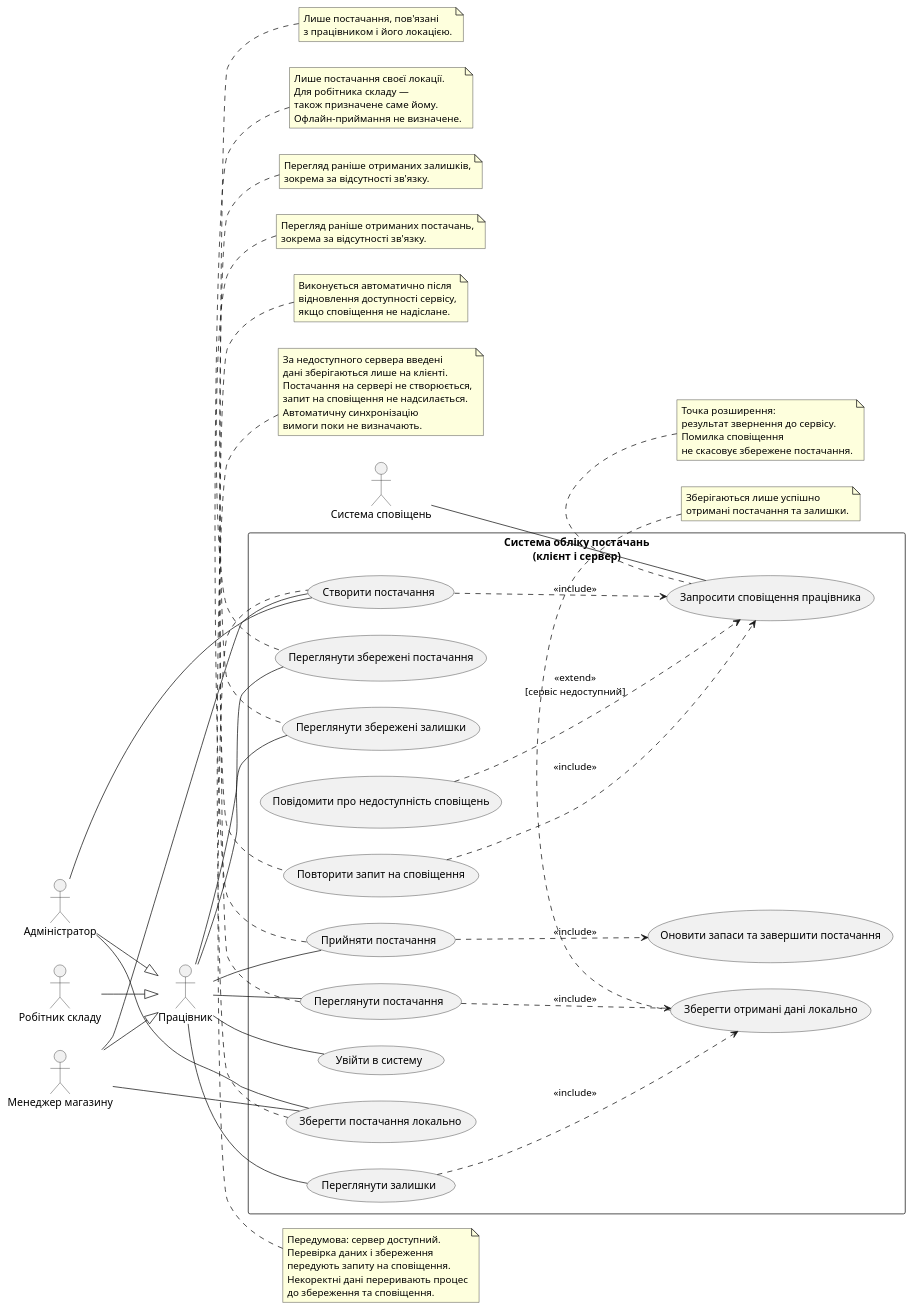
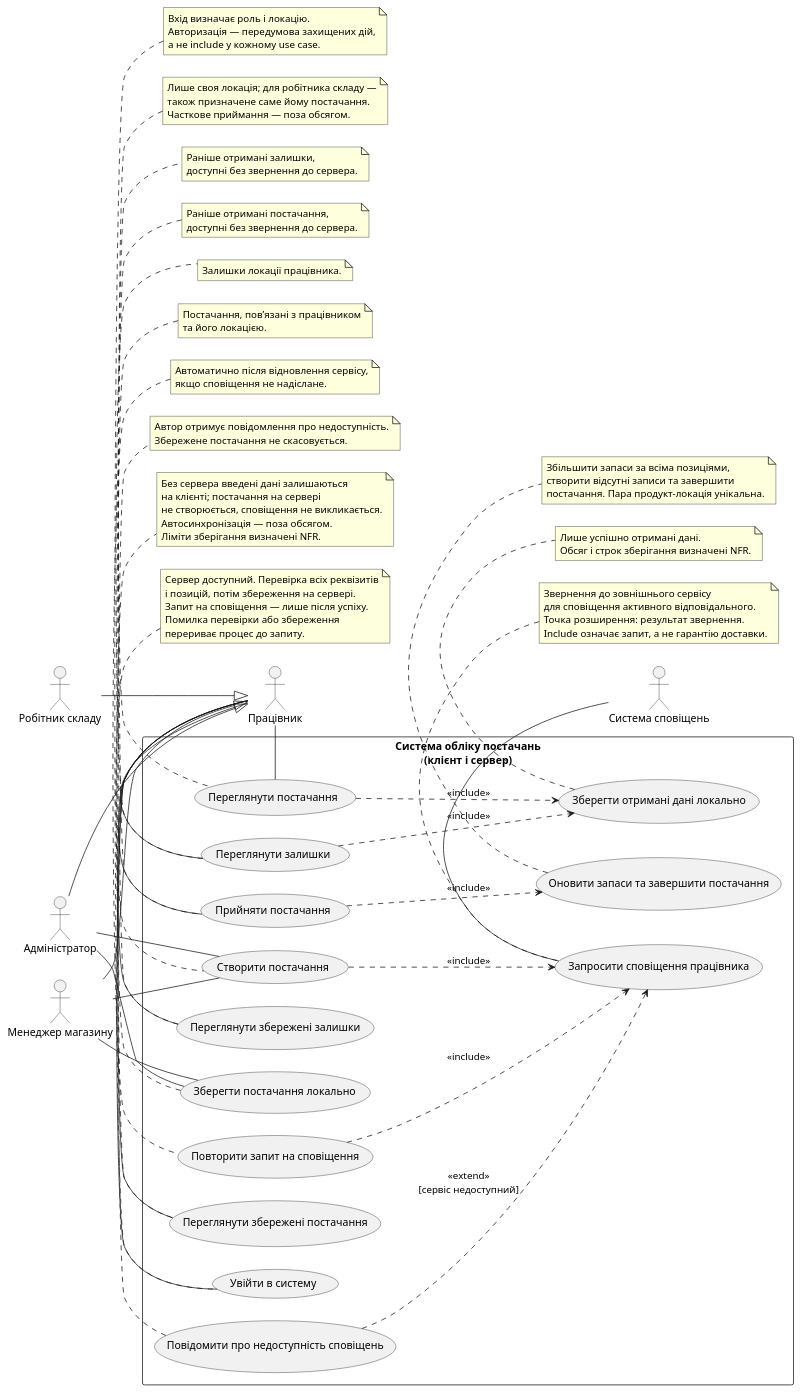
One commit to Petrovich-322/KPI changed the diagram in lab2/use-case.puml. Above: the diagram before and after it, drawn with PlantUML.

Commit message:
final use-case.pml

```diff
--- a/lab2/use-case.puml
+++ b/lab2/use-case.puml
@@ -1,116 +1,127 @@
 @startuml
 left to right direction
 skinparam shadowing false
+skinparam nodesep 30
+skinparam ranksep 45
 
 actor "Працівник" as Employee
 actor "Менеджер магазину" as Manager
 actor "Робітник складу" as Worker
 actor "Адміністратор" as Admin
 actor "Система сповіщень" as Notifications
 
 Manager --|> Employee
 Worker --|> Employee
 Admin --|> Employee
 
 rectangle "Система обліку постачань\n(клієнт і сервер)" {
-
     usecase "Увійти в систему" as Login
     usecase "Створити постачання" as Create
     usecase "Зберегти постачання локально" as SaveDraft
-
     usecase "Запросити сповіщення працівника" as Notify
     usecase "Повідомити про недоступність сповіщень" as NotifyFailure
     usecase "Повторити запит на сповіщення" as RetryNotify
-
     usecase "Переглянути постачання" as ViewSupply
     usecase "Переглянути залишки" as ViewStock
     usecase "Зберегти отримані дані локально" as Cache
     usecase "Переглянути збережені постачання" as CachedSupply
     usecase "Переглянути збережені залишки" as CachedStock
-
     usecase "Прийняти постачання" as Accept
     usecase "Оновити запаси та завершити постачання" as Update
 }
 
-Employee -- Login
-Employee -- ViewSupply
-Employee -- ViewStock
-Employee -- CachedSupply
-Employee -- CachedStock
-Employee -- Accept
-
-Manager -- Create
-Admin -- Create
-Manager -- SaveDraft
-Admin -- SaveDraft
-
-Notifications -- Notify
+Employee -right- Login
+Employee -right- ViewSupply
+Employee -right- ViewStock
+Employee -right- CachedSupply
+Employee -right- CachedStock
+Employee -right- Accept
+Manager -right- Create
+Admin -right- Create
+Manager -right- SaveDraft
+Admin -right- SaveDraft
+Notify -right- Notifications
 
 Create ..> Notify : <<include>>
-
 ViewSupply ..> Cache : <<include>>
 ViewStock ..> Cache : <<include>>
-
 NotifyFailure ..> Notify : <<extend>>\n[сервіс недоступний]
 RetryNotify ..> Notify : <<include>>
-
 Accept ..> Update : <<include>>
 
 note top of Create
-  Передумова: сервер доступний.
-  Перевірка даних і збереження
-  передують запиту на сповіщення.
-  Некоректні дані переривають процес
-  до збереження та сповіщення.
+  Сервер доступний. Перевірка всіх реквізитів
+  і позицій, потім збереження на сервері.
+  Запит на сповіщення — лише після успіху.
+  Помилка перевірки або збереження
+  перериває процес до запиту.
 end note
 
-note top of SaveDraft
-  За недоступного сервера введені
-  дані зберігаються лише на клієнті.
-  Постачання на сервері не створюється,
-  запит на сповіщення не надсилається.
-  Автоматичну синхронізацію
-  вимоги поки не визначають.
+note bottom of SaveDraft
+  Без сервера введені дані залишаються
+  на клієнті; постачання на сервері
+  не створюється, сповіщення не викликається.
+  Автосинхронізація — поза обсягом.
+  Ліміти зберігання визначені NFR.
 end note
 
 note top of Notify
-  Точка розширення:
-  результат звернення до сервісу.
-  Помилка сповіщення
-  не скасовує збережене постачання.
+  Звернення до зовнішнього сервісу
+  для сповіщення активного відповідального.
+  Точка розширення: результат звернення.
+  Include означає запит, а не гарантію доставки.
+end note
+
+note bottom of NotifyFailure
+  Автор отримує повідомлення про недоступність.
+  Збережене постачання не скасовується.
 end note
 
 note top of RetryNotify
-  Виконується автоматично після
-  відновлення доступності сервісу,
+  Автоматично після відновлення сервісу,
   якщо сповіщення не надіслане.
 end note
 
-note top of Cache
-  Зберігаються лише успішно
-  отримані постачання та залишки.
+note bottom of Cache
+  Лише успішно отримані дані.
+  Обсяг і строк зберігання визначені NFR.
+end note
+
+note top of ViewSupply
+  Постачання, пов’язані з працівником
+  та його локацією.
+end note
+
+note bottom of ViewStock
+  Залишки локації працівника.
 end note
 
 note top of CachedSupply
-  Перегляд раніше отриманих постачань,
-  зокрема за відсутності зв'язку.
+  Раніше отримані постачання,
+  доступні без звернення до сервера.
 end note
 
-note top of CachedStock
-  Перегляд раніше отриманих залишків,
-  зокрема за відсутності зв'язку.
+note bottom of CachedStock
+  Раніше отримані залишки,
+  доступні без звернення до сервера.
 end note
 
 note top of Accept
-  Лише постачання своєї локації.
-  Для робітника складу —
-  також призначене саме йому.
-  Офлайн-приймання не визначене.
+  Лише своя локація; для робітника складу —
+  також призначене саме йому постачання.
+  Часткове приймання — поза обсягом.
 end note
 
-note top of ViewSupply
-  Лише постачання, пов'язані
-  з працівником і його локацією.
+note bottom of Update
+  Збільшити запаси за всіма позиціями,
+  створити відсутні записи та завершити
+  постачання. Пара продукт–локація унікальна.
+end note
+
+note top of Login
+  Вхід визначає роль і локацію.
+  Авторизація — передумова захищених дій,
+  а не include у кожному use case.
 end note
 
 @enduml
```
